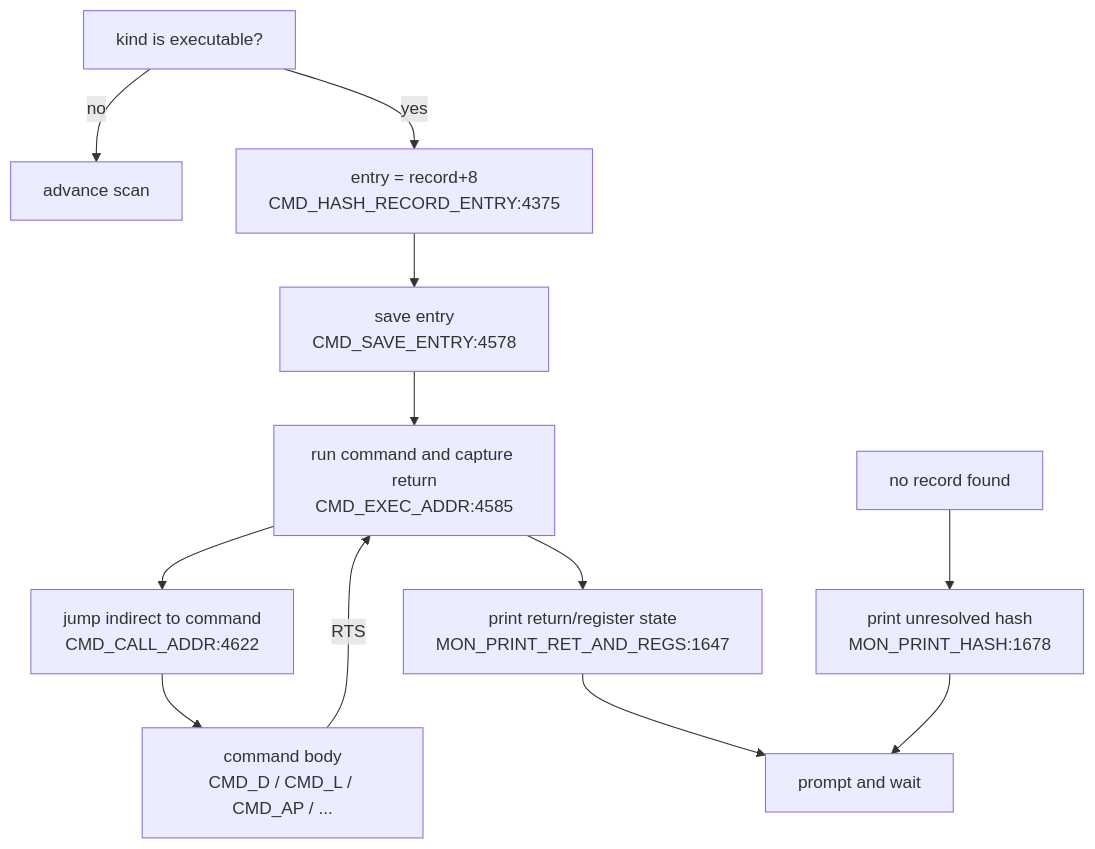
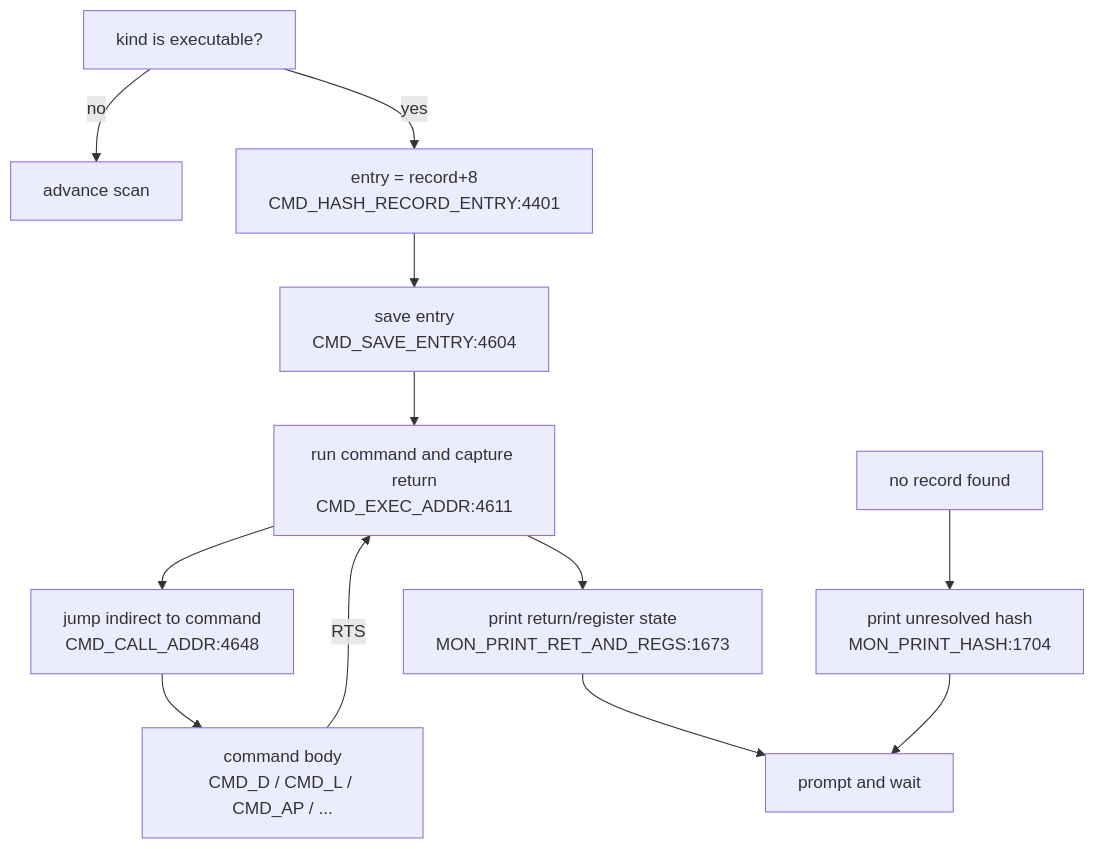
Before and after one commit to 95westus/R-YORS: the fourth of 4 diagrams in DOC/GENERATED/CMD_FLOW_MAP.md, drawn with Mermaid. The commit also changed other lines of this file and 33 other files, not shown here.

````diff
--- a/DOC/GENERATED/CMD_FLOW_MAP.md
+++ b/DOC/GENERATED/CMD_FLOW_MAP.md
@@ -58,14 +58,14 @@
 ```mermaid
 flowchart TD
     EXECOK["kind is executable?"] -->|no| ADV["advance scan"]
-    EXECOK -->|yes| ENTRY["entry = record+8<br/>CMD_HASH_RECORD_ENTRY:4375"]
-    ENTRY --> SAVEENTRY["save entry<br/>CMD_SAVE_ENTRY:4578"]
-    SAVEENTRY --> RUN["run command and capture return<br/>CMD_EXEC_ADDR:4585"]
-    RUN --> CALL["jump indirect to command<br/>CMD_CALL_ADDR:4622"]
+    EXECOK -->|yes| ENTRY["entry = record+8<br/>CMD_HASH_RECORD_ENTRY:4401"]
+    ENTRY --> SAVEENTRY["save entry<br/>CMD_SAVE_ENTRY:4604"]
+    SAVEENTRY --> RUN["run command and capture return<br/>CMD_EXEC_ADDR:4611"]
+    RUN --> CALL["jump indirect to command<br/>CMD_CALL_ADDR:4648"]
     CALL --> BODY["command body<br/>CMD_D / CMD_L / CMD_AP / ..."]
     BODY -->|RTS| RUN
-    RUN --> RETPRINT["print return/register state<br/>MON_PRINT_RET_AND_REGS:1647"]
+    RUN --> RETPRINT["print return/register state<br/>MON_PRINT_RET_AND_REGS:1673"]
     RETPRINT --> LOOP["prompt and wait"]
-    MISS["no record found"] --> PRHASH["print unresolved hash<br/>MON_PRINT_HASH:1678"]
+    MISS["no record found"] --> PRHASH["print unresolved hash<br/>MON_PRINT_HASH:1704"]
     PRHASH --> LOOP
 ```
````
